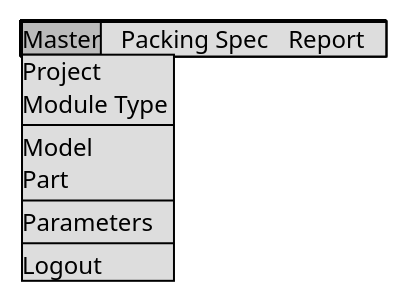
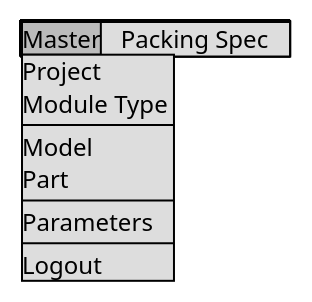
Before and after one commit to ari-fikri/packing-cost-mockup: the diagram in menu/menu - master.puml, drawn with PlantUML. The commit also changed 1 other file, not shown here.

```diff
--- a/menu/menu - master.puml
+++ b/menu/menu - master.puml
@@ -1,7 +1,7 @@
 @startsalt
 {+
-  {* Master | Packing Spec | Report
+  {* Master | Packing Spec 
     Master | Project | Module Type  | - | Model | Part | - |  Parameters | - | Logout |
   }
 }
 @endsalt
```
